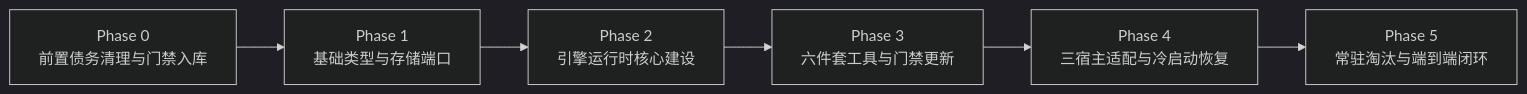
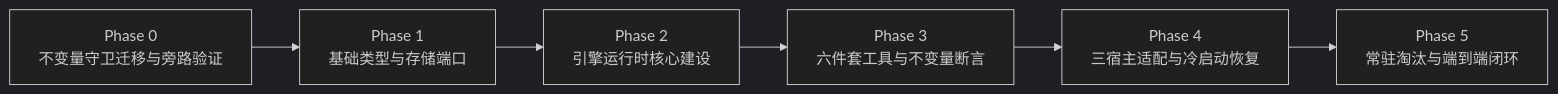
One commit to Michael-Lfx/allo changed the sixth of 6 diagrams in docs/architecture/multi-agent-v2.zh.md. Above: the diagram before and after it, drawn with Mermaid (dark theme). The commit also changed other lines of this file and 1 other file, not shown here.

````diff
--- a/docs/architecture/multi-agent-v2.zh.md
+++ b/docs/architecture/multi-agent-v2.zh.md
@@ -312,8 +312,8 @@
 ```mermaid
 flowchart LR
-    P0["Phase 0<br/>前置债务清理与门禁入库"] --> P1["Phase 1<br/>基础类型与存储端口"]
+    P0["Phase 0<br/>不变量守卫迁移与旁路验证"] --> P1["Phase 1<br/>基础类型与存储端口"]
     P1 --> P2["Phase 2<br/>引擎运行时核心建设"]
-    P2 --> P3["Phase 3<br/>六件套工具与门禁更新"]
+    P2 --> P3["Phase 3<br/>六件套工具与不变量断言"]
     P3 --> P4["Phase 4<br/>三宿主适配与冷启动恢复"]
     P4 --> P5["Phase 5<br/>常驻淘汰与端到端闭环"]
 ```
````
